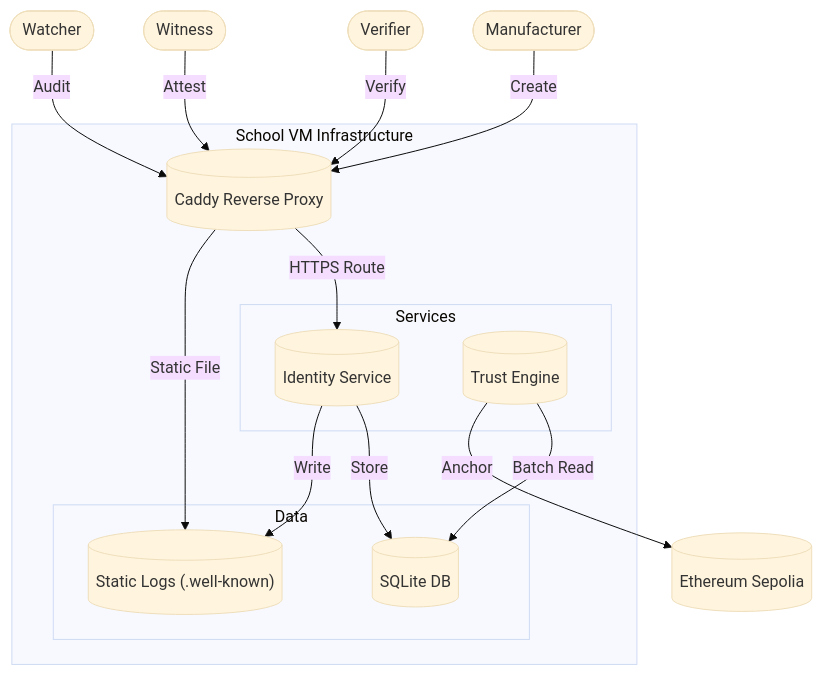
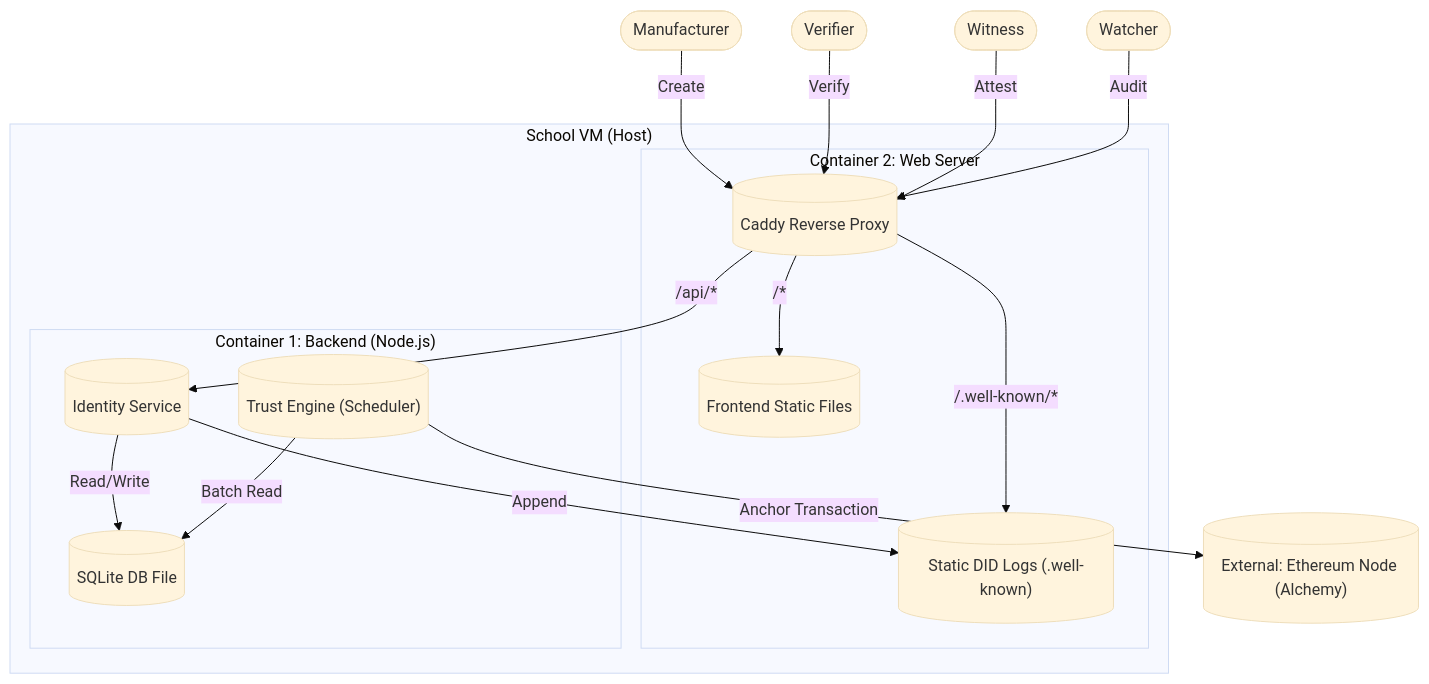
The first of 3 diagrams in production/PRODUCTION_PLAN.md (Thijmeeee/Enabling-trust-with-DLT-technologies), drawn with Mermaid (base theme) before and after one commit. The commit also changed other lines of this file, not shown here.

````diff
--- a/production/PRODUCTION_PLAN.md
+++ b/production/PRODUCTION_PLAN.md
@@ -32,41 +32,48 @@
 ```mermaid
 graph TD
     %% Stakeholders
     Man([Manufacturer])
     Ver([Verifier])
     Wit([Witness])
     Wat([Watcher])
 
     %% Infrastructure
-    subgraph VM ["School VM Infrastructure"]
-        Caddy[("Caddy Reverse Proxy")]
+    subgraph VM ["School VM (Host)"]
         
-        subgraph Services
-            Identity[("Identity Service")]
-            Trust[("Trust Engine")]
+        %% Container 2 (Caddy)
+        subgraph DockerC2 ["Container 2: Web Server"]
+            Caddy[("Caddy Reverse Proxy")]
+            Frontend[("Frontend Static Files")]
+            Logs[("Static DID Logs (.well-known)")]
         end
         
-        subgraph Data
-            DB[(SQLite DB)]
-            Logs[("Static Logs (.well-known)")]
+        %% Container 1 (Backend)
+        subgraph DockerC1 ["Container 1: Backend (Node.js)"]
+            Identity[("Identity Service")]
+            Trust[("Trust Engine (Scheduler)")]
+            DB[(SQLite DB File)]
         end
     end
 
     %% External
-    Sepolia[("Ethereum Sepolia")]
+    Sepolia[("External: Ethereum Node (Alchemy)")]
 
     %% Flows
     Man -->|Create| Caddy
     Ver -->|Verify| Caddy
     Wit -->|Attest| Caddy
     Wat -->|Audit| Caddy
 
-    Caddy -->|HTTPS Route| Identity
-    Caddy -->|Static File| Logs
+    %% Caddy Internal Routing
+    Caddy -->|/api/*| Identity
+    Caddy -->|/.well-known/*| Logs
+    Caddy -->|/*| Frontend
 
-    Identity -->|Store| DB
-    Identity -->|Write| Logs
+    %% Backend Logic
+    Identity -->|Read/Write| DB
+    Identity -->|Append| Logs
     
+    %% Trust Engine Logic
     Trust -->|Batch Read| DB
-    Trust -->|Anchor| Sepolia
+    Trust -->|Anchor Transaction| Sepolia
 ```
````
